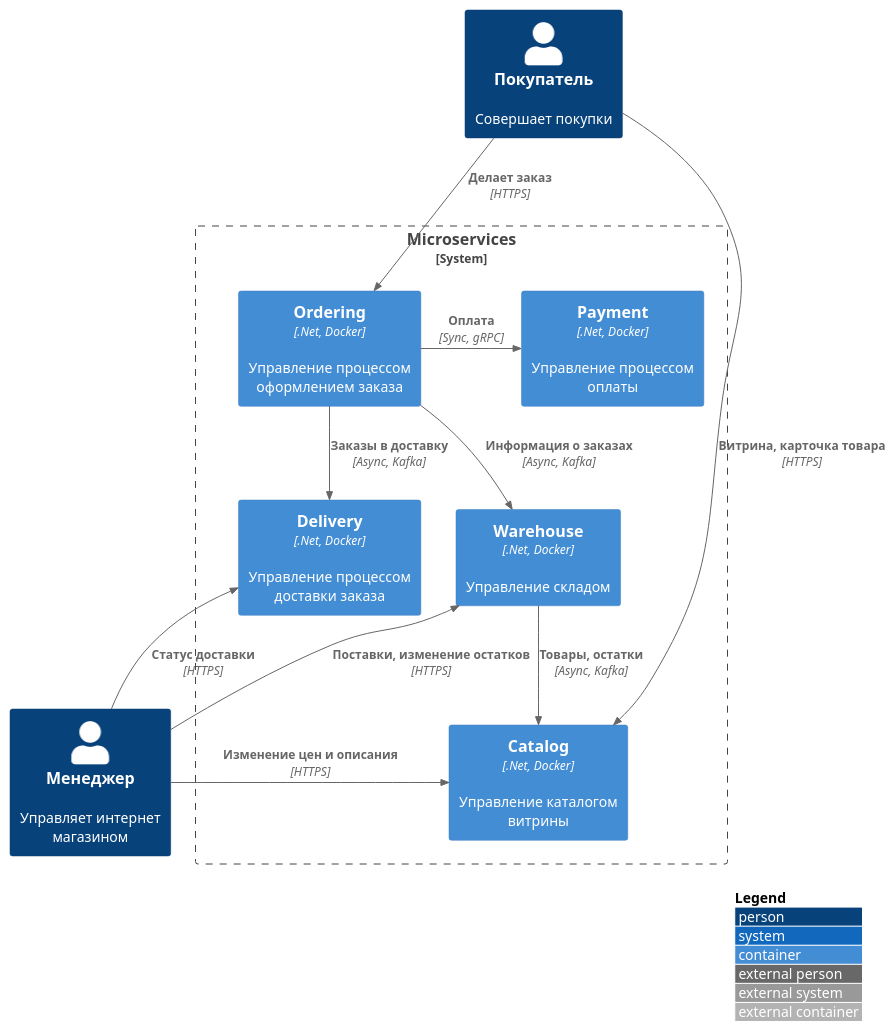
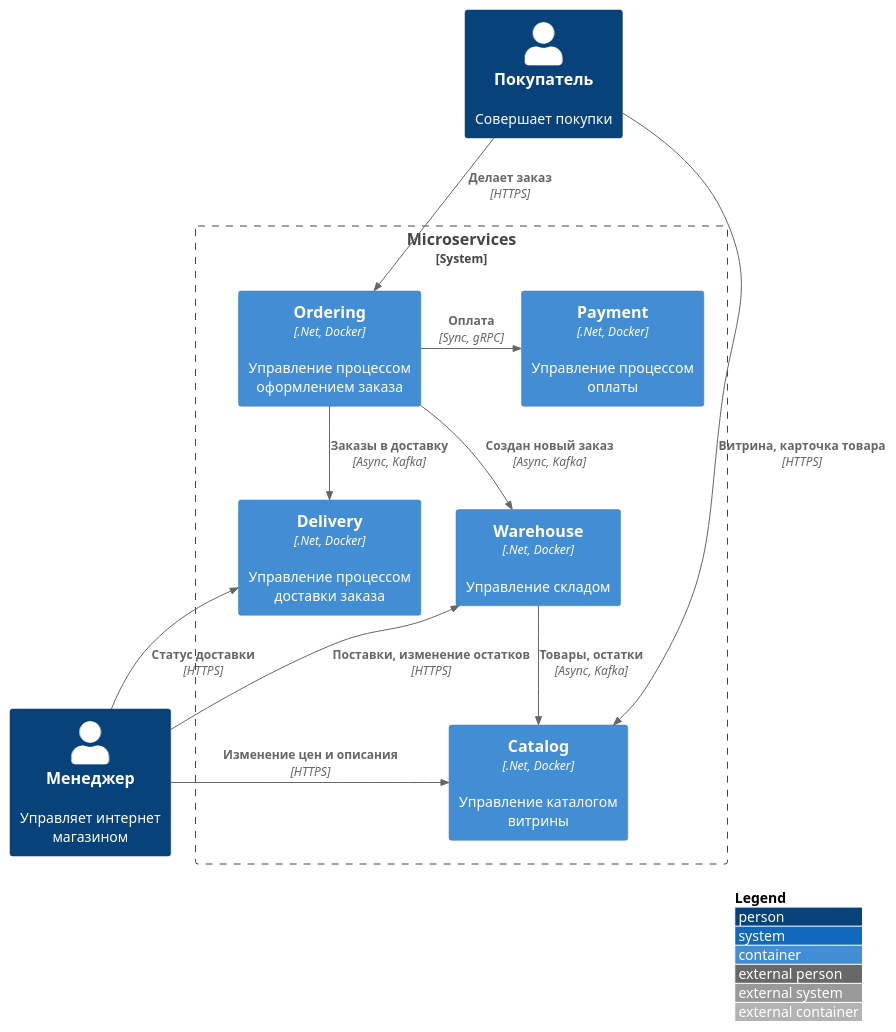
The third of 4 diagrams in README.md (gerzhan/knigaexpert-system-design), drawn with PlantUML before and after one commit. The commit also changed 6 other files, not shown here.

````diff
--- a/README.md
+++ b/README.md
@@ -79,33 +79,33 @@
 ```plantuml
 !include https://raw.githubusercontent.com/plantuml-stdlib/C4-PlantUML/master/C4_Container.puml
 
 skinparam wrapWidth 200
 skinparam maxMessageSize 200
 
 LAYOUT_TOP_DOWN()
 LAYOUT_WITH_LEGEND()
 
 Person(customer, Покупатель, "Совершает покупки")
 Person(manager, Менеджер, "Управляет интернет магазином")
 System_Boundary(microservices, "Microservices") {
   Container(ordering, "Ordering", ".Net, Docker", "Управление процессом оформлением заказа")
   Rel(customer, ordering, "Делает заказ", "HTTPS")  
 
   Container(warehouse, "Warehouse", ".Net, Docker", "Управление складом")
-  Rel(ordering, warehouse, "Информация о заказах", "Async, Kafka")
+  Rel(ordering, warehouse, "Создан новый заказ", "Async, Kafka")
   Rel(manager, warehouse, "Поставки, изменение остатков", "HTTPS")
 
   Container(catalog, "Catalog", ".Net, Docker", "Управление каталогом витрины")
   Rel(warehouse, catalog, "Товары, остатки", "Async, Kafka")
   Rel(customer, catalog, "Витрина, карточка товара", "HTTPS")
   Rel_U(manager, catalog, "Изменение цен и описания", "HTTPS")
 
   Container(payment, "Payment", ".Net, Docker", "Управление процессом оплаты")
   Rel_R(ordering, payment, "Оплата", "Sync, gRPC")
 
   Container(delivery, "Delivery", ".Net, Docker", "Управление процессом доставки заказа")
   Rel(ordering, delivery, "Заказы в доставку", "Async, Kafka")
   Rel_U(manager, delivery, "Статус доставки", "HTTPS")
   Lay_L(microservices,manager)
 }
 ```
````
